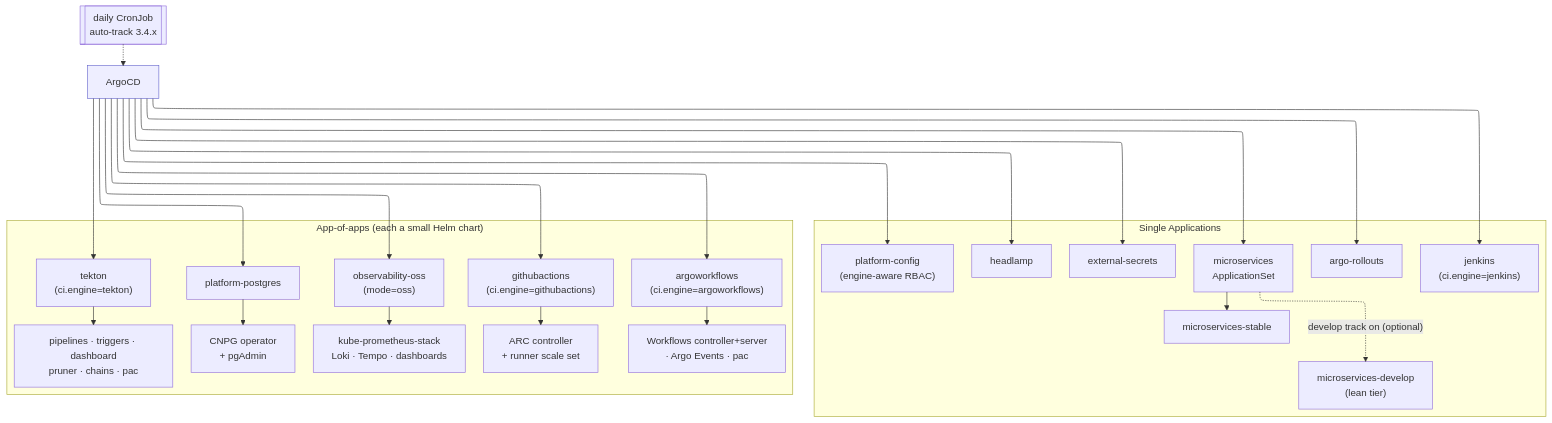
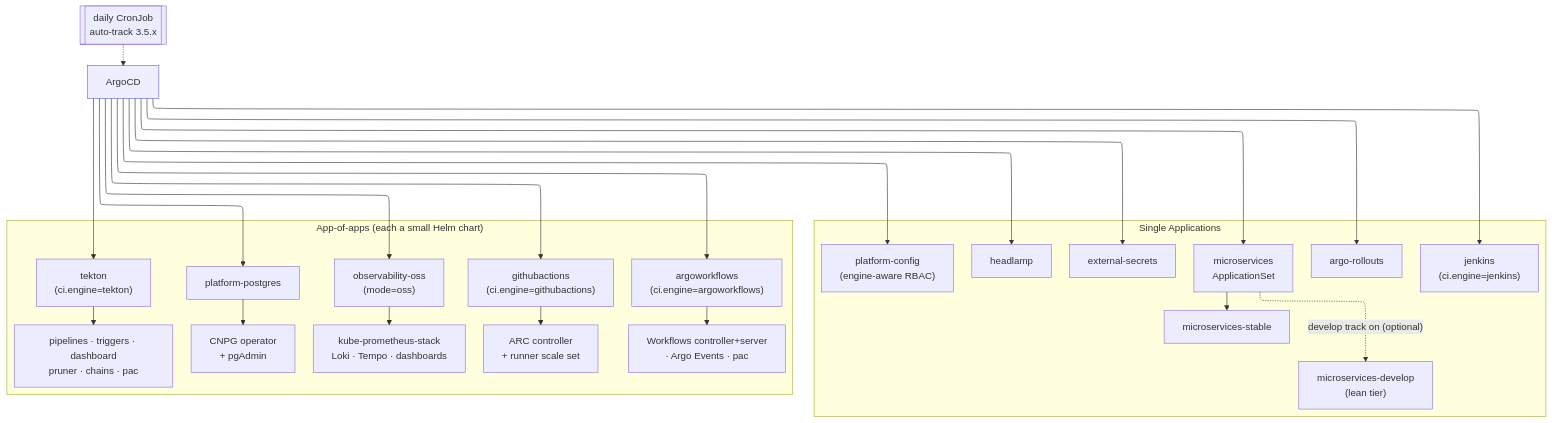
The second of 12 diagrams in docs/501-PLATFORM_OPERATIONS.md (nubenetes/jenkins-2026), drawn with Mermaid before and after one commit. The commit also changed other lines of this file and 13 other files, not shown here.

Commit message:
feat(argocd): upgrade ArgoCD to stable v3.5.2 and chart 10.8.4

````diff
--- a/docs/501-PLATFORM_OPERATIONS.md
+++ b/docs/501-PLATFORM_OPERATIONS.md
@@ -100,33 +100,33 @@
 ```mermaid
 ---
 config:
   layout: elk
 ---
 flowchart TB
   argocd[ArgoCD]:::root
 
   subgraph single["Single Applications"]
     direction TB
     appset["microservices<br/>ApplicationSet"] --> msstable[microservices-stable]
     appset -. "develop track on (optional)" .-> msdev["microservices-develop<br/>(lean tier)"]
     headlamp[headlamp]
     eso[external-secrets]
     jenkins["jenkins<br/>(ci.engine=jenkins)"]
     rollouts[argo-rollouts]
     pcfg["platform-config<br/>(engine-aware RBAC)"]
   end
 
   subgraph aoa["App-of-apps (each a small Helm chart)"]
     direction TB
     pp["platform-postgres"] --> ppc["CNPG operator<br/>+ pgAdmin"]
     oss["observability-oss<br/>(mode=oss)"] --> ossc["kube-prometheus-stack<br/>Loki · Tempo · dashboards"]
     tk["tekton<br/>(ci.engine=tekton)"] --> tkc["pipelines · triggers · dashboard<br/>pruner · chains · pac"]
     gha["githubactions<br/>(ci.engine=githubactions)"] --> ghac["ARC controller<br/>+ runner scale set"]
     awf["argoworkflows<br/>(ci.engine=argoworkflows)"] --> awfc["Workflows controller+server<br/>· Argo Events · pac"]
   end
 
   argocd --> appset & headlamp & eso & jenkins & rollouts & pcfg
   argocd --> pp & oss & tk & gha & awf
-  watcher[[daily CronJob<br/>auto-track 3.4.x]] -.-> argocd
+  watcher[[daily CronJob<br/>auto-track 3.5.x]] -.-> argocd
   classDef root fill:#eef,stroke:#66c;
 ```
````
